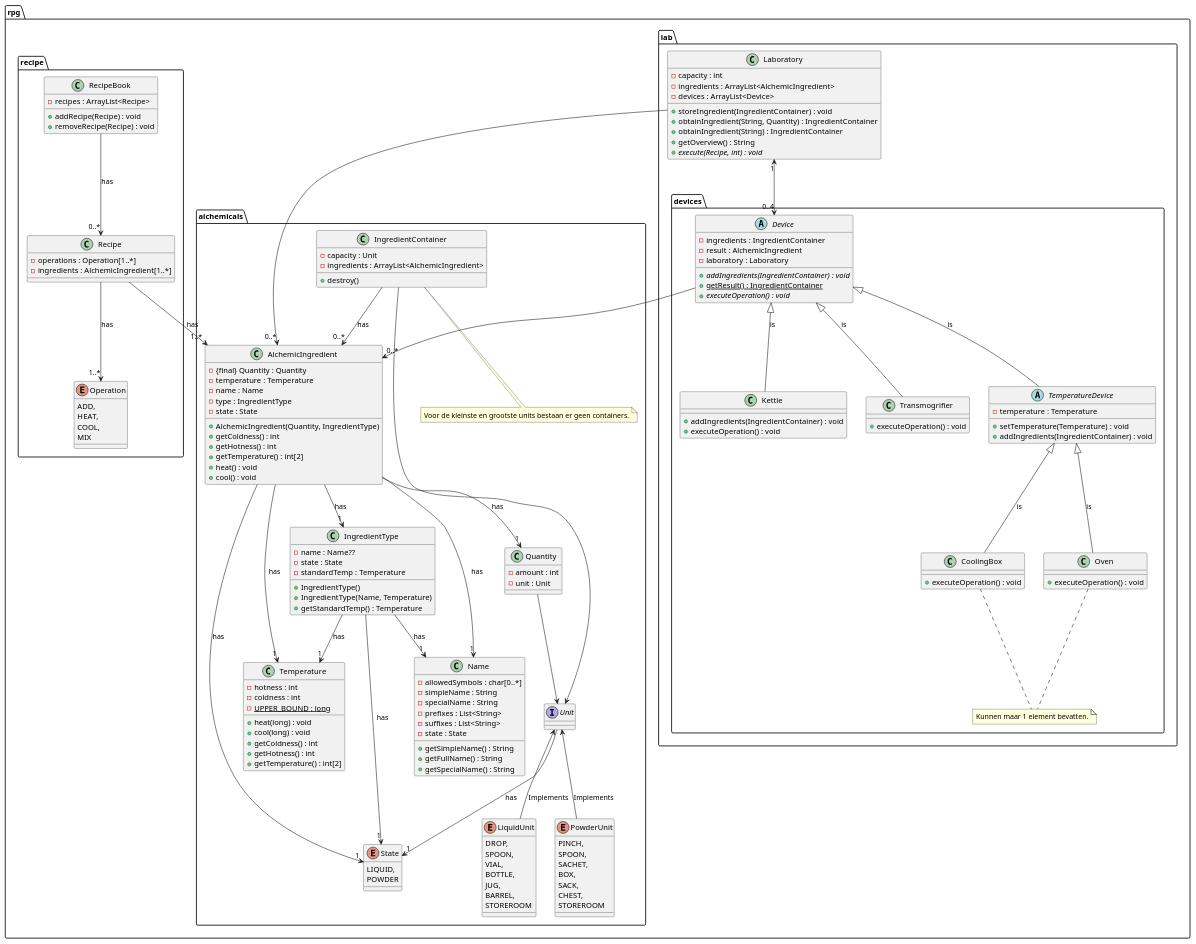
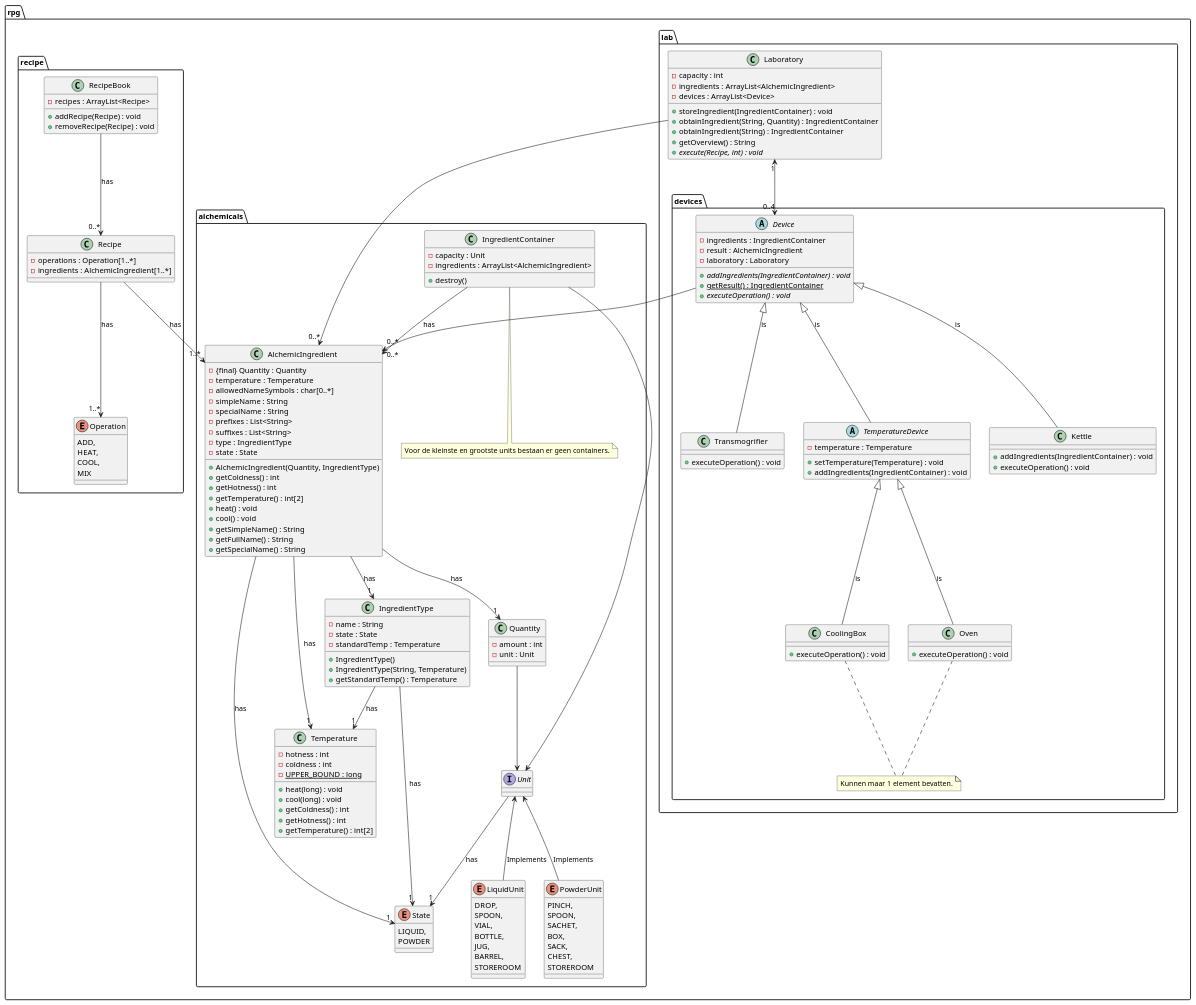
One commit to vanschependom/KULAK_ogp-examenproject changed the diagram in class-diagram/vincent.puml. Above: the diagram before and after it, drawn with PlantUML.

Commit message:
Name aangepast naar String

```diff
--- a/class-diagram/vincent.puml
+++ b/class-diagram/vincent.puml
@@ -7,7 +7,11 @@
     class AlchemicIngredient {
     - {final} Quantity : Quantity
     - temperature : Temperature
-    - name : Name
+    - allowedNameSymbols : char[0..*]
+    - simpleName : String
+    - specialName : String
+    - prefixes : List<String>
+    - suffixes : List<String>
     - type : IngredientType
     - state : State
 
@@ -17,27 +21,19 @@
     + getTemperature() : int[2]
     + heat() : void
     + cool() : void
-    }
-
-    class Name {
-    - allowedSymbols : char[0..*]
-    - simpleName : String
-    - specialName : String
-    - prefixes : List<String>
-    - suffixes : List<String>
-    - state : State
     + getSimpleName() : String
     + getFullName() : String
     + getSpecialName() : String
     }
 
+
     class IngredientType {
-    - name : Name??
+    - name : String
     - state : State
     - standardTemp : Temperature
 
     + IngredientType()
-    + IngredientType(Name, Temperature)
+    + IngredientType(String, Temperature)
     + getStandardTemp() : Temperature
     }
 
@@ -88,9 +84,6 @@
     + getTemperature() : int[2]
     }
 
-
-    AlchemicIngredient --> "1" Name : has
-    IngredientType --> "1" Name : has
     AlchemicIngredient --> "1" IngredientType : has
     AlchemicIngredient --> "1" State : has
     AlchemicIngredient --> "1" Temperature : has
```
